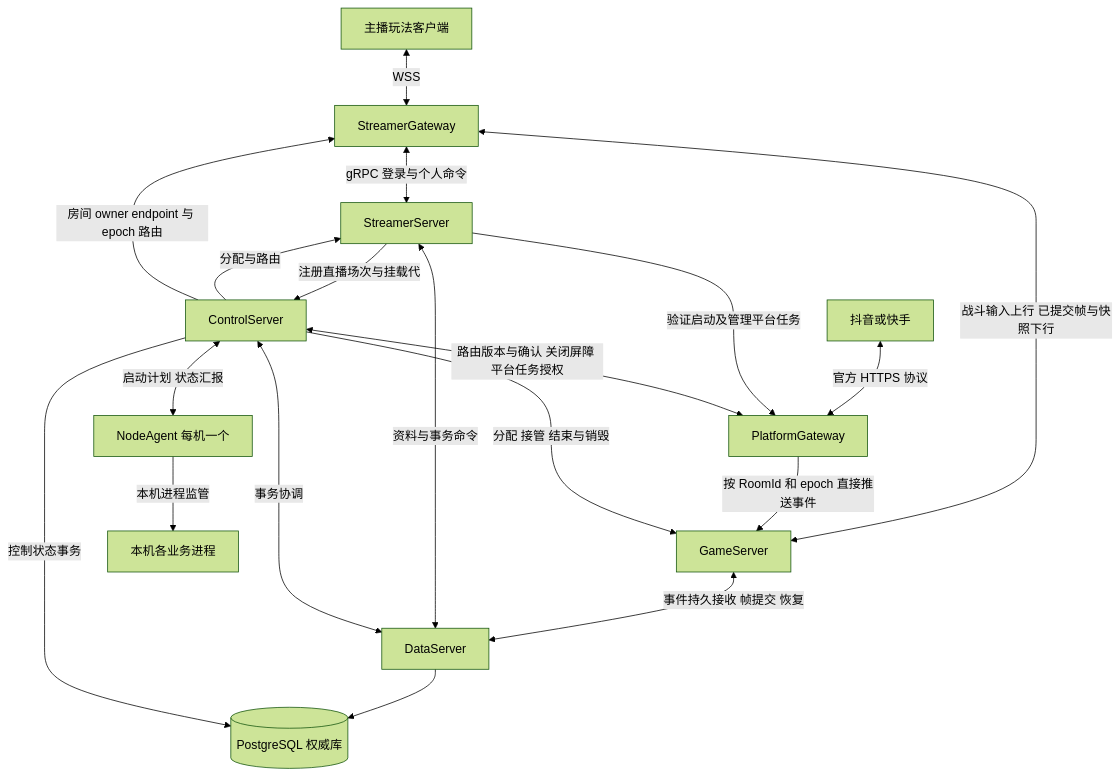
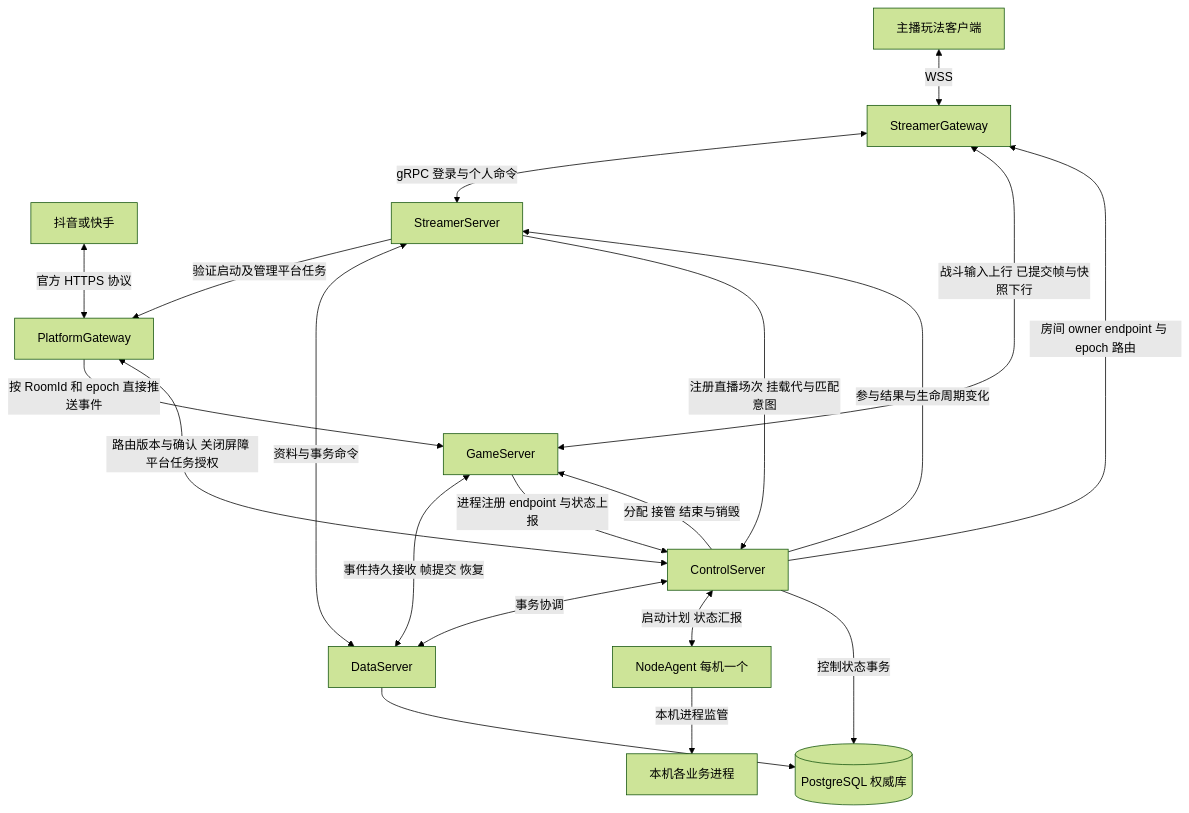
Before and after one commit to cuihairu/chorus: the second of 2 diagrams in docs/architecture/architecture.md, drawn with Mermaid (forest theme). The commit also changed 5 other files, not shown here.

````diff
--- a/docs/architecture/architecture.md
+++ b/docs/architecture/architecture.md
@@ -127,21 +127,22 @@
 ```mermaid
 flowchart TB
     Client[主播玩法客户端] <-->|WSS| SG[StreamerGateway]
     Platform[抖音或快手] <-->|官方 HTTPS 协议| PG[PlatformGateway]
     SG <-->|gRPC 登录与个人命令| SS[StreamerServer]
     SG <-->|战斗输入上行 已提交帧与快照下行| GS[GameServer]
     SS -->|验证启动及管理平台任务| PG
     PG -->|按 RoomId 和 epoch 直接推送事件| GS
     GS <-->|事件持久接收 帧提交 恢复| DS[DataServer]
     SS <-->|资料与事务命令| DS
     CS[ControlServer] <-->|事务协调| DS
-    CS -->|分配与路由| SS
+    CS -->|参与结果与生命周期变化| SS
     CS -->|房间 owner endpoint 与 epoch 路由| SG
-    SS -->|注册直播场次与挂载代| CS
+    SS -->|注册直播场次 挂载代与匹配意图| CS
     CS <-->|路由版本与确认 关闭屏障 平台任务授权| PG
+    GS -->|进程注册 endpoint 与状态上报| CS
     CS -->|分配 接管 结束与销毁| GS
     CS <-->|启动计划 状态汇报| NA[NodeAgent 每机一个]
     NA -->|本机进程监管| Roles[本机各业务进程]
     DS --> DB[(PostgreSQL 权威库)]
     CS -->|控制状态事务| DB
 ```
````
